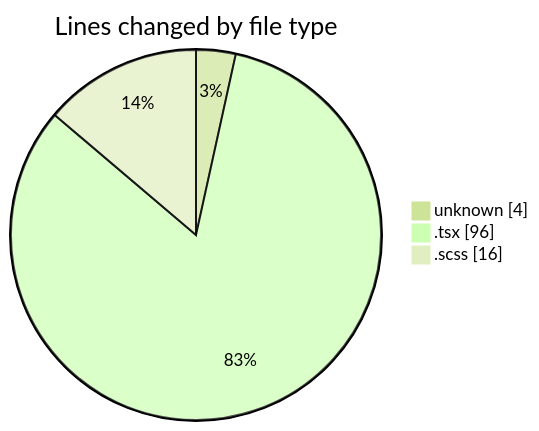
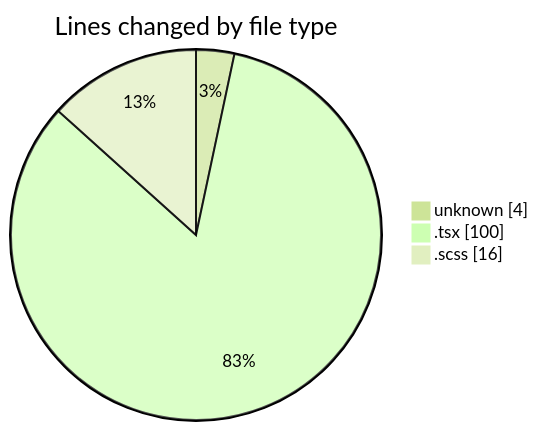
Before and after one commit to momahboobian/code-tracking: the first of 2 diagrams in 2025-02-14/cda/README.md, drawn with Mermaid (forest theme). The commit also changed other lines of this file and 1 other file, not shown here.

Commit message:
type(activity): Update activity report for February 14th, 2025 - Modified functions: + .gitignore + RequestWrapper.tsx + RequestWrapper.scss - Files changed: + activity.json + cda/README.md - Activity duration: 14 minutes

````diff
--- a/2025-02-14/cda/README.md
+++ b/2025-02-14/cda/README.md
@@ -22,7 +22,7 @@
 ```mermaid
 pie showData
 title Lines changed by file type
 "unknown" : 4
-".tsx" : 96
+".tsx" : 100
 ".scss" : 16
 ```
````
